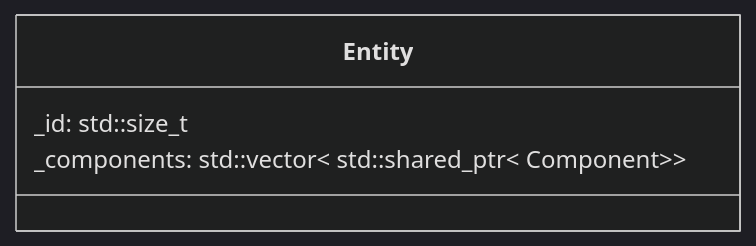
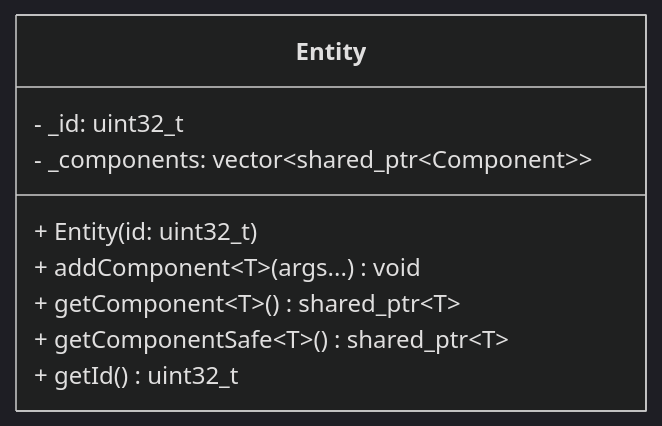
The diagram in docs/ECS/Entity/Entity.md (MYAMBO/R-Type), drawn with Mermaid (dark theme) before and after one commit. The commit also changed other lines of this file and 6 other files, not shown here.

````diff
--- a/docs/ECS/Entity/Entity.md
+++ b/docs/ECS/Entity/Entity.md
@@ -12,7 +39,12 @@
 ```mermaid
 classDiagram
   class Entity {
-    _id: std::size_t
-    _components: std::vector< std::shared_ptr< Component>>
+    - _id: uint32_t
+    - _components: vector~shared_ptr~Component~~
+    + Entity(id: uint32_t)
+    + addComponent~T~(args...) void
+    + getComponent~T~() shared_ptr~T~
+    + getComponentSafe~T~() shared_ptr~T~
+    + getId() uint32_t
   }
 ```
````
